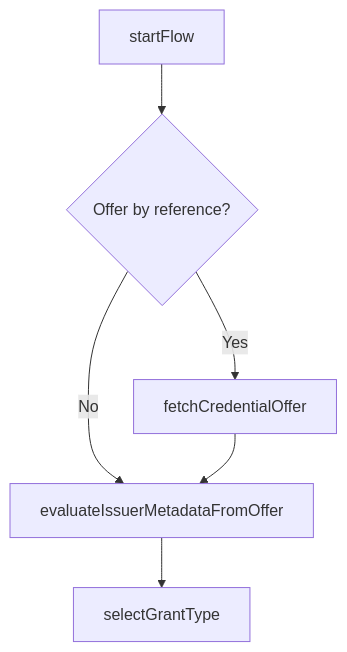
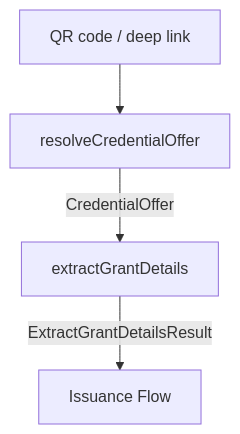
The diagram in src/credential/offer/README.md (pagopa/io-react-native-wallet), drawn with Mermaid before and after one commit. The commit also changed other lines of this file and 32 other files, not shown here.

Commit message:
chore: [SIW-3843] Migrate credential offer to `io-wallet-sdk` (#316)

````diff
--- a/src/credential/offer/README.md
+++ b/src/credential/offer/README.md
@@ -15,13 +11,11 @@
 ```mermaid
 graph TD;
-  1[startFlow]
-  2[fetchCredentialOffer]
-  3[evaluateIssuerMetadataFromOffer]
-  4[selectGrantType]
+  QR[QR code / deep link]
+  1[resolveCredentialOffer]
+  2[extractGrantDetails]
+  Issuance[Issuance Flow]
 
-  1 --> ref{Offer by reference?}
-  ref -->|Yes| 2
-  ref -->|No| 3
-  2 --> 3
-  3 --> 4
+  QR --> 1
+  1 -->|CredentialOffer| 2
+  2 -->|ExtractGrantDetailsResult| Issuance
 ```
````
